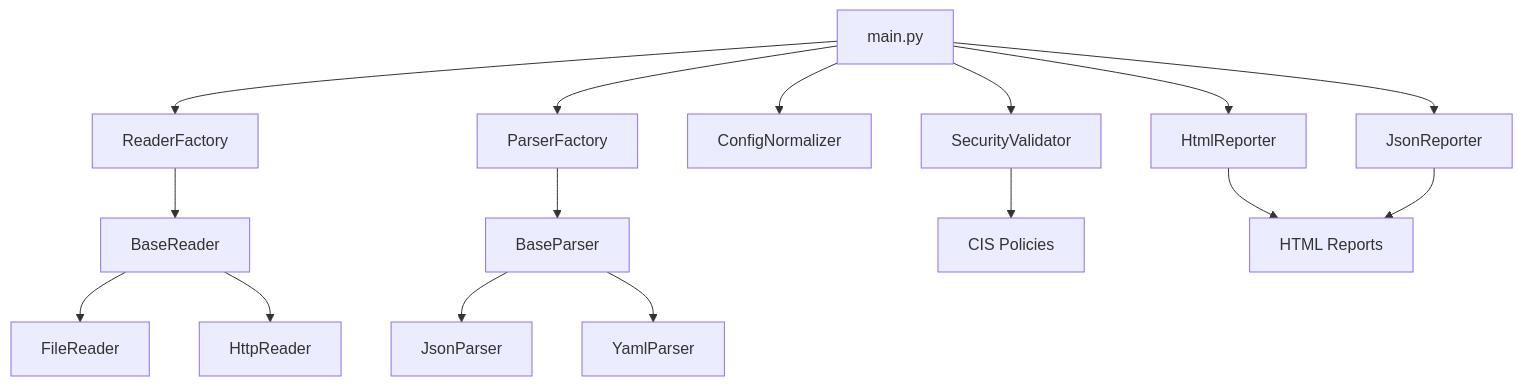
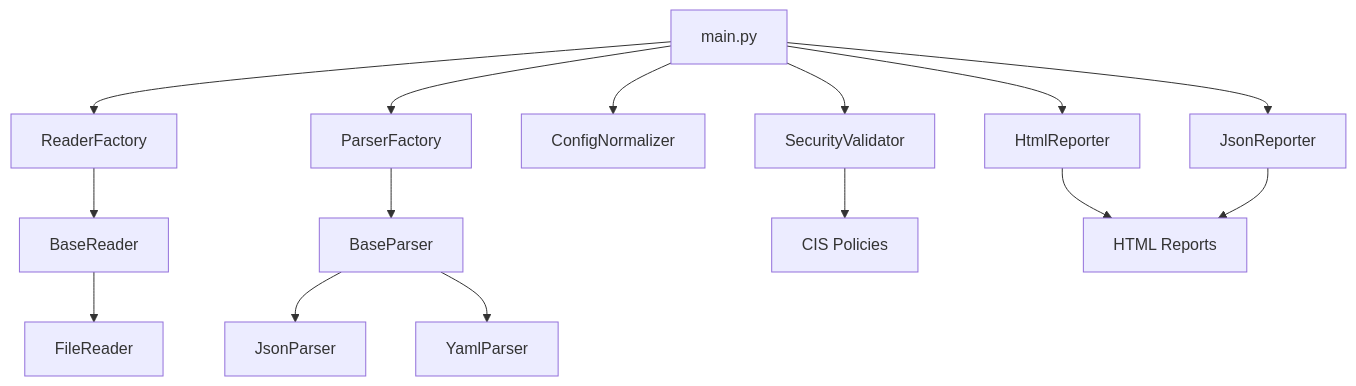
One commit to truongtranit/security-configuration-inspector changed the second of 4 diagrams in docs/architecture.md. Above: the diagram before and after it, drawn with Mermaid. The commit also changed other lines of this file and 9 other files, not shown here.

````diff
--- a/docs/architecture.md
+++ b/docs/architecture.md
@@ -43,29 +41,28 @@
-```mermaid
+``` mermaid
 graph TD
 
     CLI["main.py"]
 
     CLI --> ReaderFactory
     CLI --> ParserFactory
 
     ReaderFactory --> BaseReader
     BaseReader --> FileReader
-    BaseReader --> HttpReader
 
     ParserFactory --> BaseParser
     BaseParser --> JsonParser
     BaseParser --> YamlParser
 
     CLI --> ConfigNormalizer
 
     CLI --> SecurityValidator
 
     CLI --> HtmlReporter
     CLI --> JsonReporter
 
     SecurityValidator --> Policies["CIS Policies"]
 
     HtmlReporter --> Reports["HTML Reports"]
 
     JsonReporter --> Reports
 ```
````
